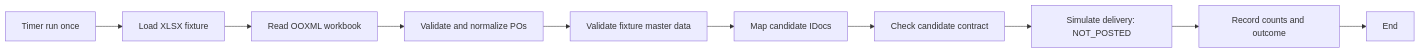
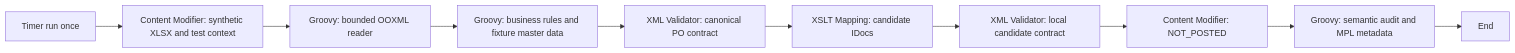
The diagram in resources/scenarios/excel-po-dryrun/README.md (cucuong-us/mcp-integration-suite), drawn with Mermaid before and after one commit. The commit also changed other lines of this file and 23 other files, not shown here.

````diff
--- a/resources/scenarios/excel-po-dryrun/README.md
+++ b/resources/scenarios/excel-po-dryrun/README.md
@@ -15,12 +15,12 @@
 ```mermaid
 flowchart LR
-  A[Timer run once] --> B[Load XLSX fixture]
-  B --> C[Read OOXML workbook]
-  C --> D[Validate and normalize POs]
-  D --> E[Validate fixture master data]
-  E --> F[Map candidate IDocs]
-  F --> G[Check candidate contract]
-  G --> H[Simulate delivery: NOT_POSTED]
-  H --> I[Record counts and outcome]
+  A[Timer run once] --> B[Content Modifier: synthetic XLSX and test context]
+  B --> C[Groovy: bounded OOXML reader]
+  C --> D[Groovy: business rules and fixture master data]
+  D --> E[XML Validator: canonical PO contract]
+  E --> F[XSLT Mapping: candidate IDocs]
+  F --> G[XML Validator: local candidate contract]
+  G --> H[Content Modifier: NOT_POSTED]
+  H --> I[Groovy: semantic audit and MPL metadata]
   I --> J[End]
 ```
````
